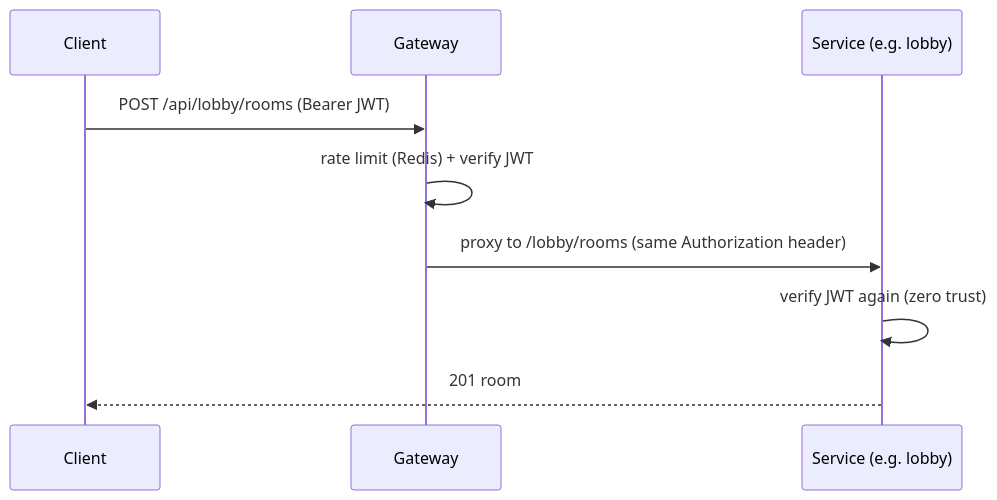
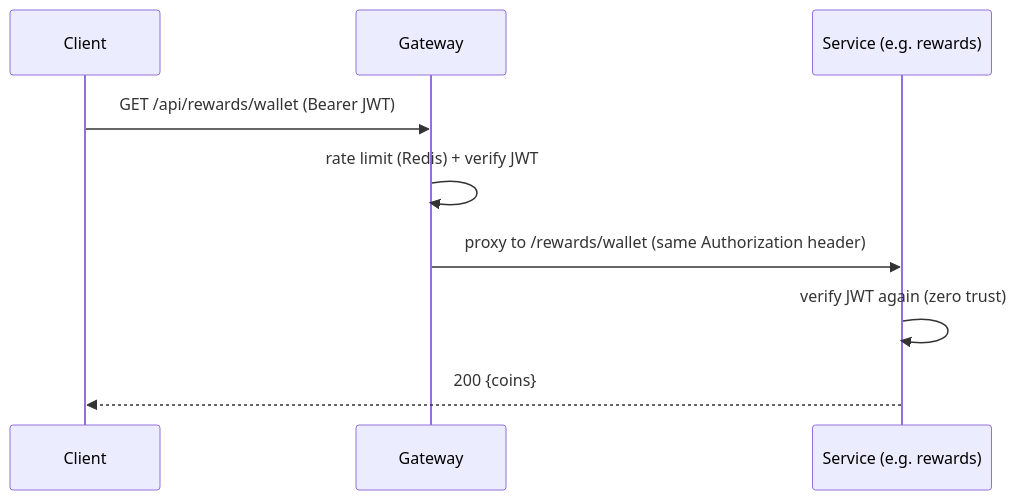
Before and after one commit to madanes/GameArchitectureNode: the second of 4 diagrams in docs/architecture.md, drawn with Mermaid. The commit also changed other lines of this file and 42 other files, not shown here.

````diff
--- a/docs/architecture.md
+++ b/docs/architecture.md
@@ -74,11 +88,11 @@
 ```mermaid
 sequenceDiagram
   participant C as Client
   participant G as Gateway
-  participant S as Service (e.g. lobby)
-  C->>G: POST /api/lobby/rooms  (Bearer JWT)
+  participant S as Service (e.g. rewards)
+  C->>G: GET /api/rewards/wallet  (Bearer JWT)
   G->>G: rate limit (Redis) + verify JWT
-  G->>S: proxy to /lobby/rooms  (same Authorization header)
+  G->>S: proxy to /rewards/wallet  (same Authorization header)
   S->>S: verify JWT again (zero trust)
-  S-->>C: 201 room
+  S-->>C: 200 {coins}
 ```
````
